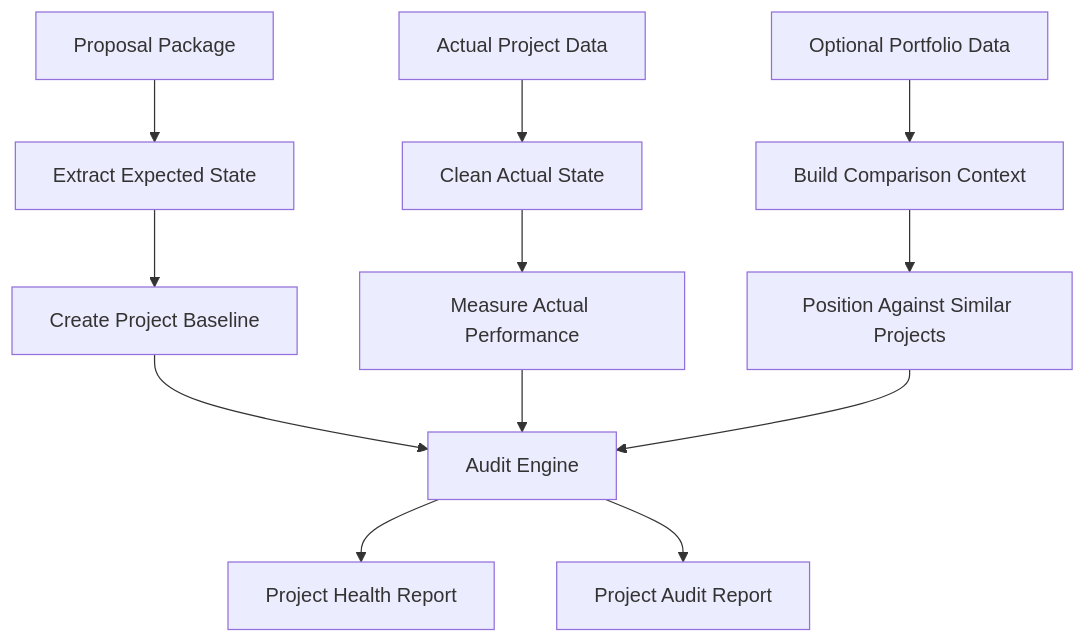
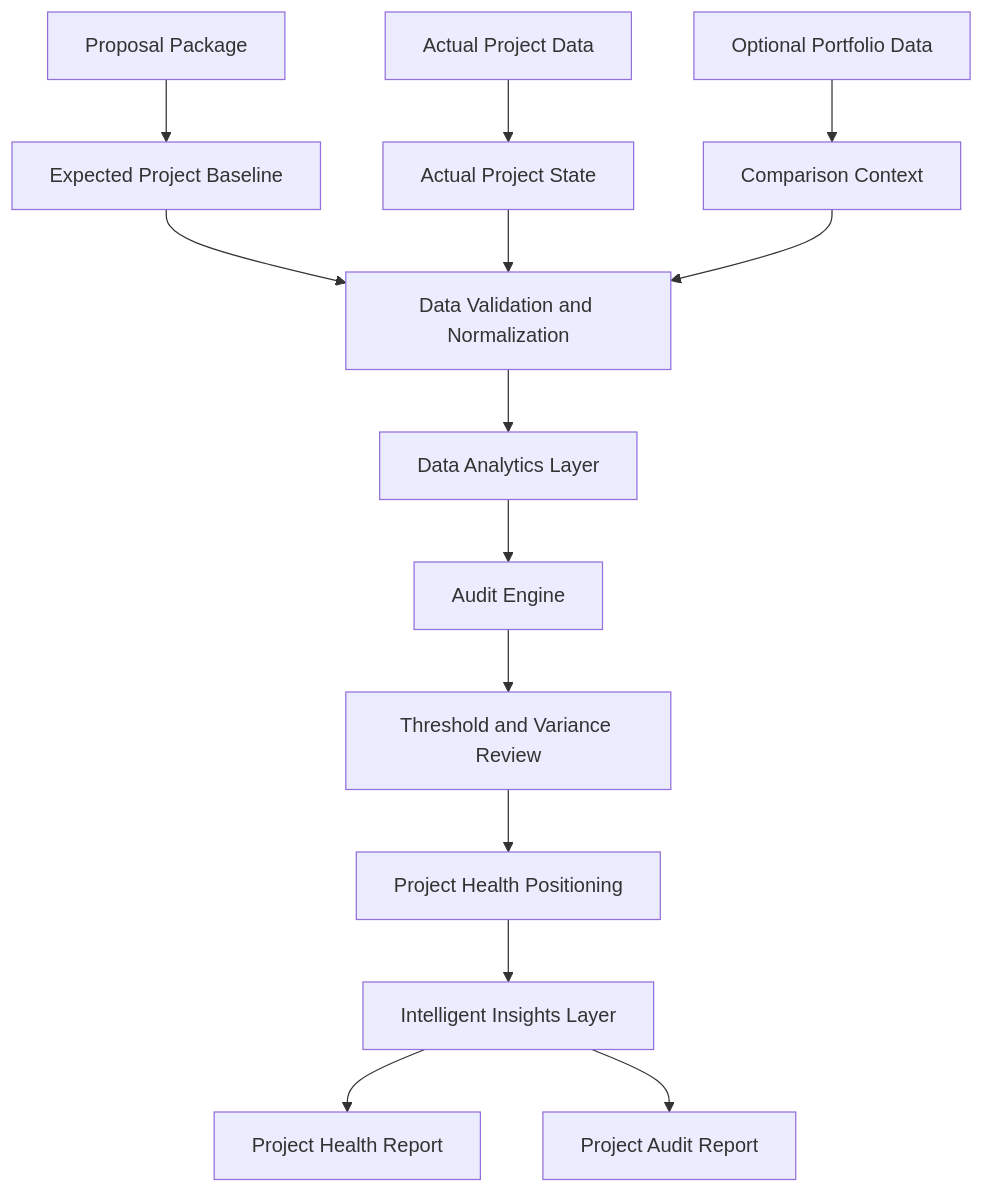
The diagram in docs/project-overview.md (meownager/epm-insights), drawn with Mermaid before and after one commit. The commit also changed other lines of this file, not shown here.

Commit message:
docs: revise project overview workflow

````diff
--- a/docs/project-overview.md
+++ b/docs/project-overview.md
@@ -62,14 +81,16 @@
 ```mermaid
 flowchart TD
-    A[Proposal Package] --> B[Extract Expected State]
-    C[Actual Project Data] --> D[Clean Actual State]
-    E[Optional Portfolio Data] --> F[Build Comparison Context]
-    B --> G[Create Project Baseline]
-    D --> H[Measure Actual Performance]
-    F --> I[Position Against Similar Projects]
-    G --> J[Audit Engine]
-    H --> J
-    I --> J
-    J --> K[Project Health Report]
-    J --> L[Project Audit Report]
+    A[Proposal Package] --> B[Expected Project Baseline]
+    C[Actual Project Data] --> D[Actual Project State]
+    E[Optional Portfolio Data] --> F[Comparison Context]
+    B --> G[Data Validation and Normalization]
+    D --> G
+    F --> G
+    G --> H[Data Analytics Layer]
+    H --> I[Audit Engine]
+    I --> J[Threshold and Variance Review]
+    J --> K[Project Health Positioning]
+    K --> L[Intelligent Insights Layer]
+    L --> M[Project Health Report]
+    L --> N[Project Audit Report]
 ```
````
